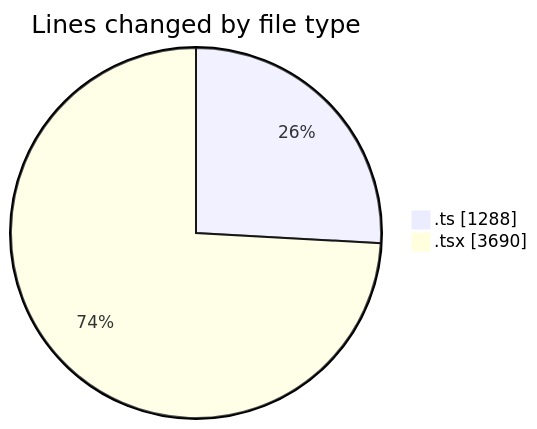
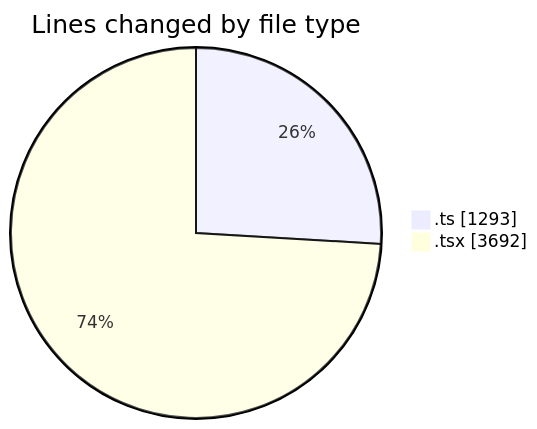
One commit to nxtqubesakshisongat/code-tracking changed the first of 2 diagrams in 2026-05-04/nxtqube_webapp/README.md. Above: the diagram before and after it, drawn with Mermaid. The commit also changed other lines of this file and 1 other file, not shown here.

````diff
--- a/2026-05-04/nxtqube_webapp/README.md
+++ b/2026-05-04/nxtqube_webapp/README.md
@@ -28,6 +28,6 @@
 ```mermaid
 pie showData
 title Lines changed by file type
-".ts" : 1288
-".tsx" : 3690
+".ts" : 1293
+".tsx" : 3692
 ```
````
